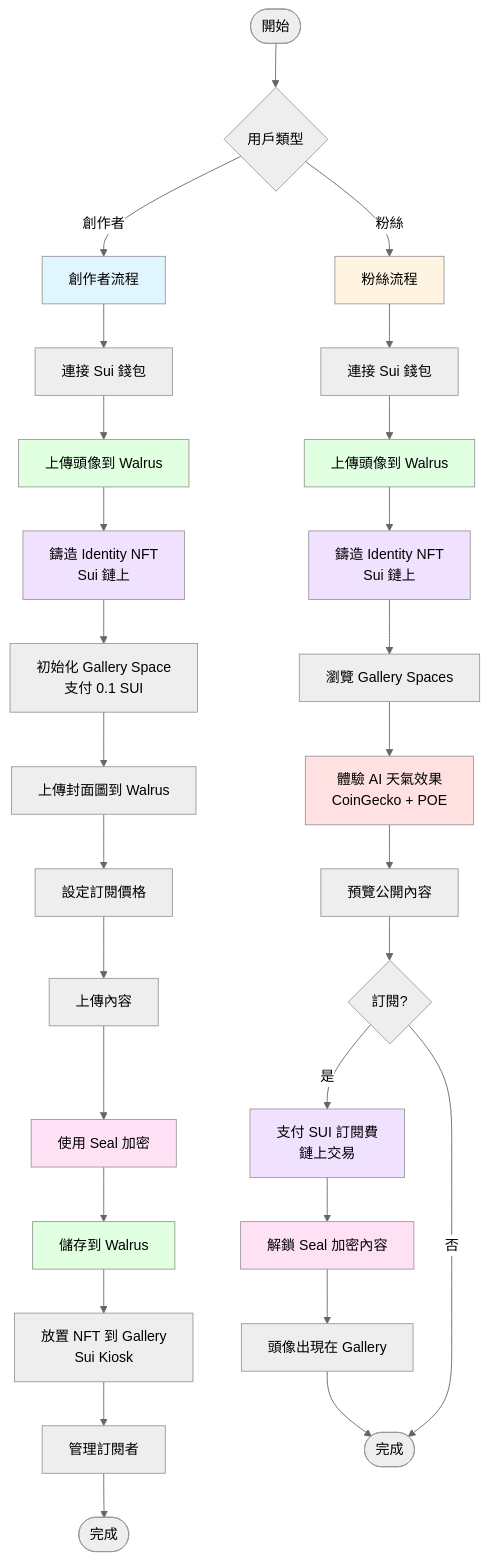
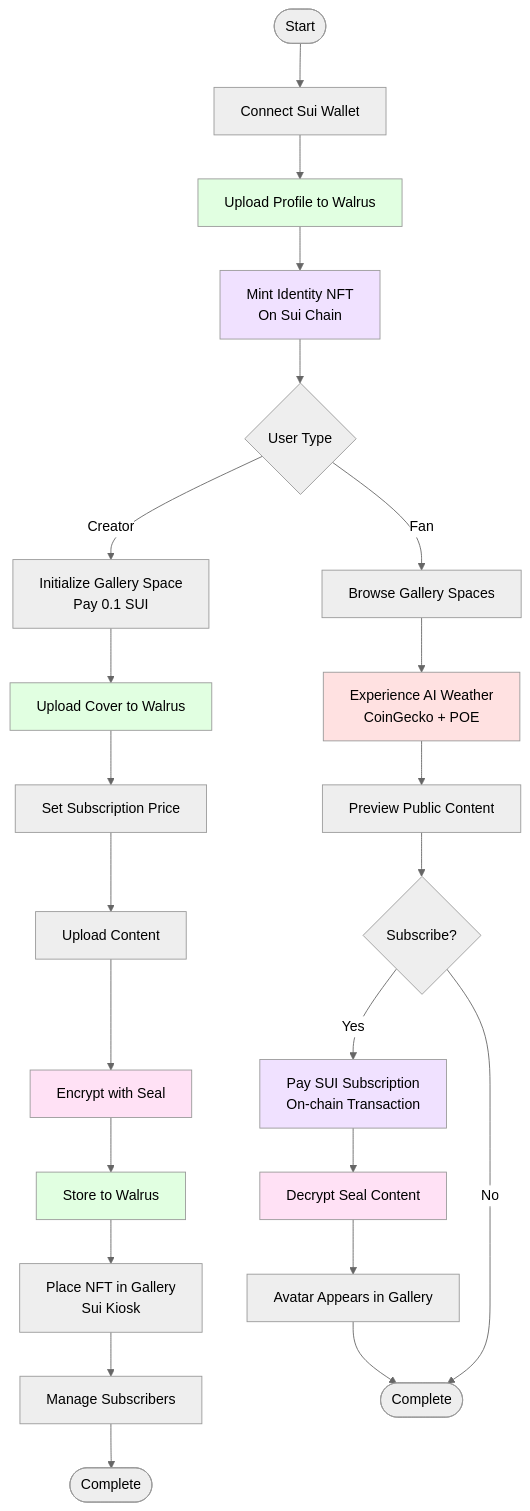
The diagram in README.md (231-Labs/Atrium), drawn with Mermaid (neutral theme) before and after one commit. The commit also changed other lines of this file, not shown here.

````diff
--- a/README.md
+++ b/README.md
@@ -111,47 +111,38 @@
 ```mermaid
 flowchart TD
-    Start([開始]) --> UserType{用戶類型}
-    
-    UserType -->|創作者| CreatorFlow
-    UserType -->|粉絲| FanFlow
+    Start([Start]) --> ConnectWallet[Connect Sui Wallet]
+    ConnectWallet --> UploadProfile[Upload Profile to Walrus]
+    UploadProfile --> MintIdentity[Mint Identity NFT<br/>On Sui Chain]
+    MintIdentity --> UserType{User Type}
     
     %% Creator Flow
-    CreatorFlow[創作者流程] --> ConnectWallet1[連接 Sui 錢包]
-    ConnectWallet1 --> UploadProfile1[上傳頭像到 Walrus]
-    UploadProfile1 --> MintIdentity1[鑄造 Identity NFT<br/>Sui 鏈上]
-    MintIdentity1 --> InitSpace[初始化 Gallery Space<br/>支付 0.1 SUI]
-    InitSpace --> UploadCover[上傳封面圖到 Walrus]
-    UploadCover --> SetPrice[設定訂閱價格]
-    SetPrice --> UploadContent[上傳內容]
-    UploadContent --> EncryptSeal[使用 Seal 加密]
-    EncryptSeal --> StoreWalrus[儲存到 Walrus]
-    StoreWalrus --> PlaceNFT[放置 NFT 到 Gallery<br/>Sui Kiosk]
-    PlaceNFT --> ManageSubs[管理訂閱者]
-    ManageSubs --> End1([完成])
+    UserType -->|Creator| InitSpace[Initialize Gallery Space<br/>Pay 0.1 SUI]
+    InitSpace --> UploadCover[Upload Cover to Walrus]
+    UploadCover --> SetPrice[Set Subscription Price]
+    SetPrice --> UploadContent[Upload Content]
+    UploadContent --> EncryptSeal[Encrypt with Seal]
+    EncryptSeal --> StoreWalrus[Store to Walrus]
+    StoreWalrus --> PlaceNFT[Place NFT in Gallery<br/>Sui Kiosk]
+    PlaceNFT --> ManageSubs[Manage Subscribers]
+    ManageSubs --> End1([Complete])
     
     %% Fan Flow
-    FanFlow[粉絲流程] --> ConnectWallet2[連接 Sui 錢包]
-    ConnectWallet2 --> UploadProfile2[上傳頭像到 Walrus]
-    UploadProfile2 --> MintIdentity2[鑄造 Identity NFT<br/>Sui 鏈上]
-    MintIdentity2 --> BrowseSpaces[瀏覽 Gallery Spaces]
-    BrowseSpaces --> ViewWeather[體驗 AI 天氣效果<br/>CoinGecko + POE]
-    ViewWeather --> PreviewContent[預覽公開內容]
-    PreviewContent --> Subscribe{訂閱?}
-    Subscribe -->|是| PaySUI[支付 SUI 訂閱費<br/>鏈上交易]
-    PaySUI --> DecryptSeal[解鎖 Seal 加密內容]
-    DecryptSeal --> AvatarAppears[頭像出現在 Gallery]
-    AvatarAppears --> End2([完成])
-    Subscribe -->|否| End2
+    UserType -->|Fan| BrowseSpaces[Browse Gallery Spaces]
+    BrowseSpaces --> ViewWeather[Experience AI Weather<br/>CoinGecko + POE]
+    ViewWeather --> PreviewContent[Preview Public Content]
+    PreviewContent --> Subscribe{Subscribe?}
+    Subscribe -->|Yes| PaySUI[Pay SUI Subscription<br/>On-chain Transaction]
+    PaySUI --> DecryptSeal[Decrypt Seal Content]
+    DecryptSeal --> AvatarAppears[Avatar Appears in Gallery]
+    AvatarAppears --> End2([Complete])
+    Subscribe -->|No| End2
     
-    style CreatorFlow fill:#e1f5ff
-    style FanFlow fill:#fff4e1
     style EncryptSeal fill:#ffe1f5
     style DecryptSeal fill:#ffe1f5
     style StoreWalrus fill:#e1ffe1
-    style UploadProfile1 fill:#e1ffe1
-    style UploadProfile2 fill:#e1ffe1
-    style MintIdentity1 fill:#f0e1ff
-    style MintIdentity2 fill:#f0e1ff
+    style UploadProfile fill:#e1ffe1
+    style UploadCover fill:#e1ffe1
+    style MintIdentity fill:#f0e1ff
     style PaySUI fill:#f0e1ff
     style ViewWeather fill:#ffe1e1
 ```
````
